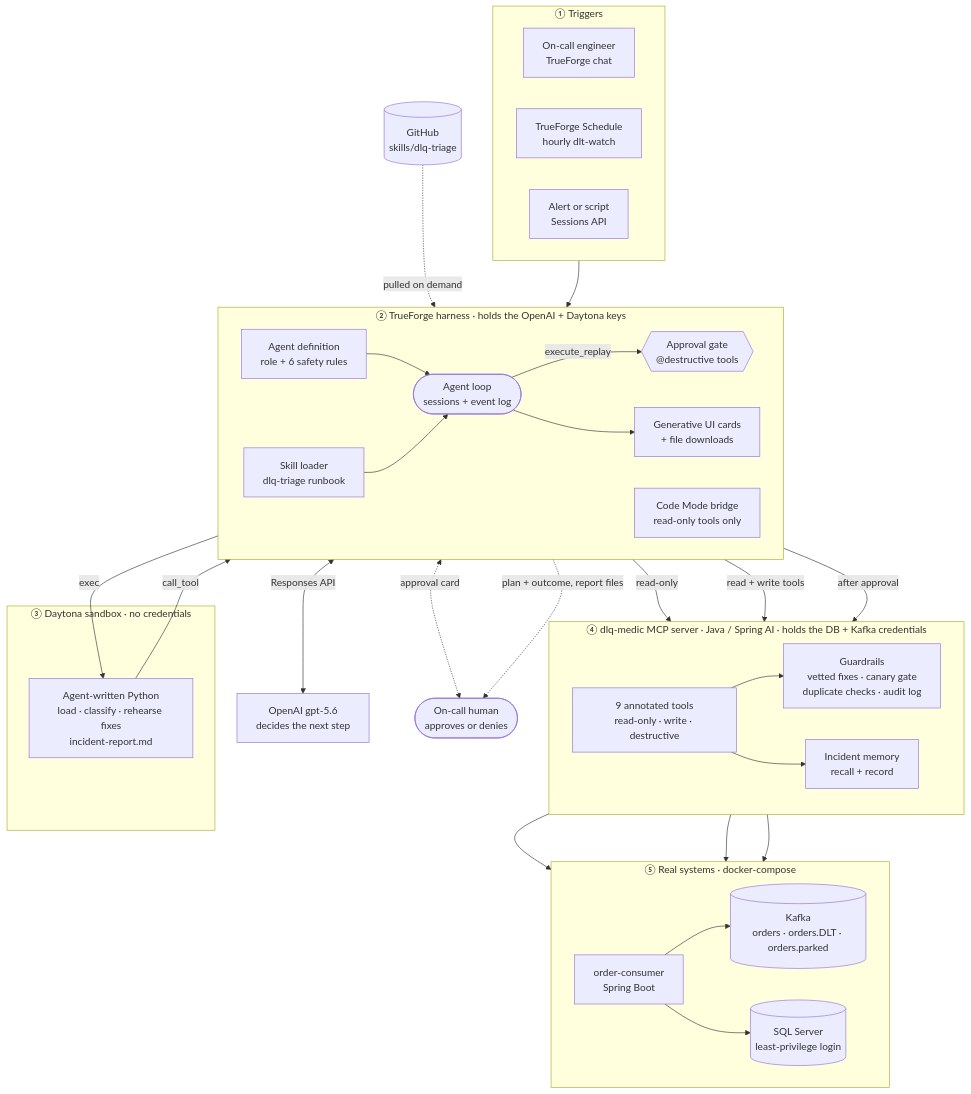
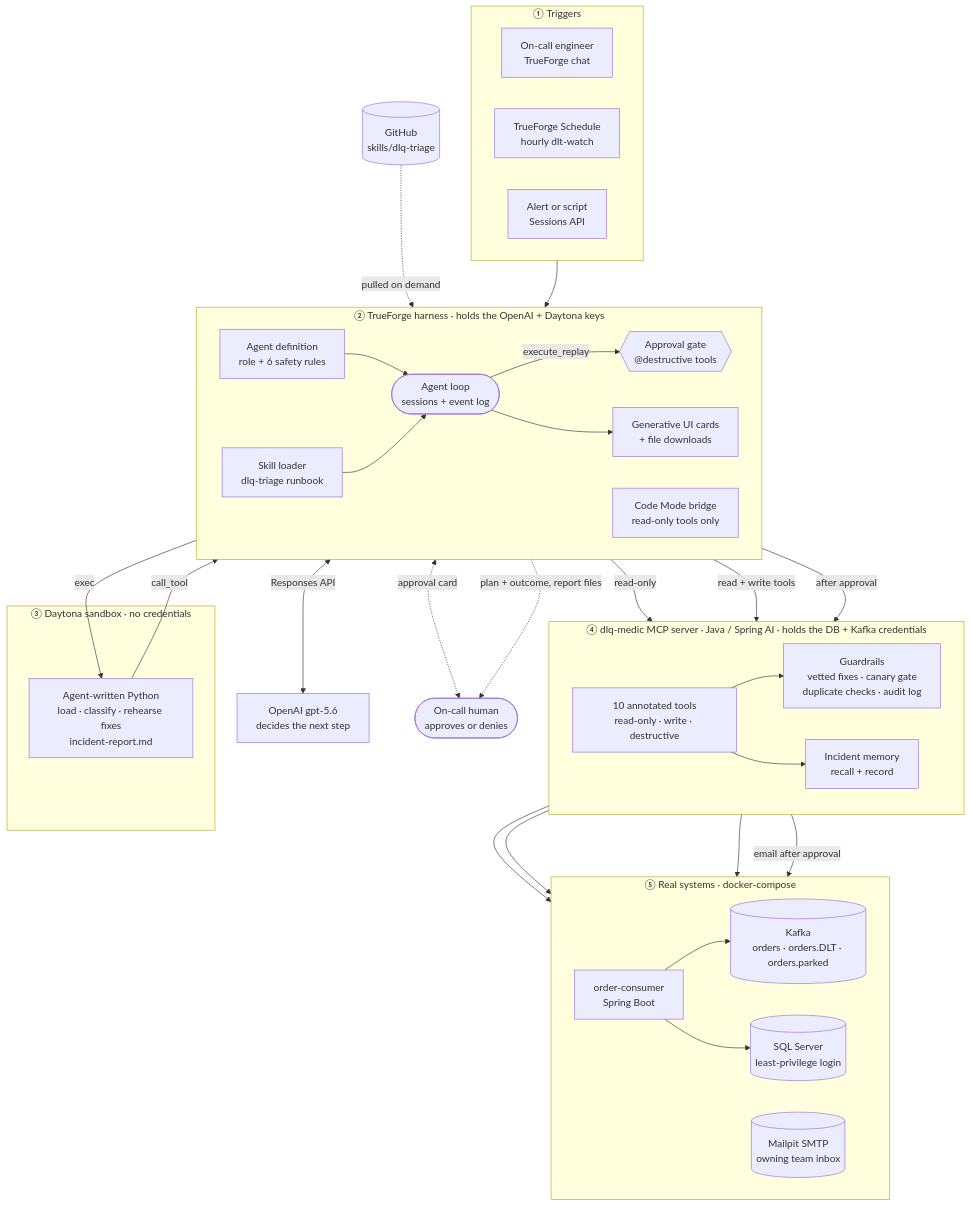
The first of 2 diagrams in README.md (akash-yadagouda/dlq-medic), drawn with Mermaid before and after one commit. The commit also changed other lines of this file and 11 other files, not shown here.

First line of the commit message:
Email the owning team, only after a human approves the draft

````diff
--- a/README.md
+++ b/README.md
@@ -47,63 +48,65 @@
 ```mermaid
 flowchart TB
     subgraph TRIG["① Triggers"]
         direction LR
         H["On-call engineer<br/>TrueForge chat"]
         S["TrueForge Schedule<br/>hourly dlt-watch"]
         A["Alert or script<br/>Sessions API"]
     end
 
     subgraph TF["② TrueForge harness · holds the OpenAI + Daytona keys"]
         direction LR
         DEF["Agent definition<br/>role + 6 safety rules"]
         SKILL["Skill loader<br/>dlq-triage runbook"]
         LOOP(["Agent loop<br/>sessions + event log"])
         GATE{{"Approval gate<br/>@destructive tools"}}
         UI["Generative UI cards<br/>+ file downloads"]
         BRIDGE["Code Mode bridge<br/>read-only tools only"]
     end
 
     GH[("GitHub<br/>skills/dlq-triage")]
     LLM["OpenAI gpt-5.6<br/>decides the next step"]
     HA(["On-call human<br/>approves or denies"])
 
     subgraph DAY["③ Daytona sandbox · no credentials"]
         PY["Agent-written Python<br/>load · classify · rehearse fixes<br/>incident-report.md"]
     end
 
     subgraph MCP["④ dlq-medic MCP server · Java / Spring AI · holds the DB + Kafka credentials"]
         direction LR
-        TOOLS["9 annotated tools<br/>read-only · write · destructive"]
+        TOOLS["10 annotated tools<br/>read-only · write · destructive"]
         GUARD["Guardrails<br/>vetted fixes · canary gate<br/>duplicate checks · audit log"]
         MEM["Incident memory<br/>recall + record"]
     end
 
     subgraph SYS["⑤ Real systems · docker-compose"]
         direction LR
         OC["order-consumer<br/>Spring Boot"]
         K[("Kafka<br/>orders · orders.DLT · orders.parked")]
         DB[("SQL Server<br/>least-privilege login")]
+        MAIL[("Mailpit SMTP<br/>owning team inbox")]
     end
 
     TRIG --> LOOP
     GH -.->|"pulled on demand"| SKILL
     DEF --> LOOP
     SKILL --> LOOP
     LOOP <-->|"Responses API"| LLM
     LOOP -->|"execute_replay"| GATE
     GATE <-.->|"approval card"| HA
     UI -.->|"plan + outcome, report files"| HA
     LOOP --> UI
     LOOP -->|"exec"| PY
     PY -->|"call_tool"| BRIDGE
     BRIDGE -->|"read-only"| TOOLS
     LOOP -->|"read + write tools"| TOOLS
     GATE -->|"after approval"| TOOLS
     TOOLS --> GUARD
     TOOLS --> MEM
     GUARD --> K
     GUARD --> DB
     MEM --> DB
+    GUARD -->|"email after approval"| MAIL
     OC --> K
     OC --> DB
 ```
````
